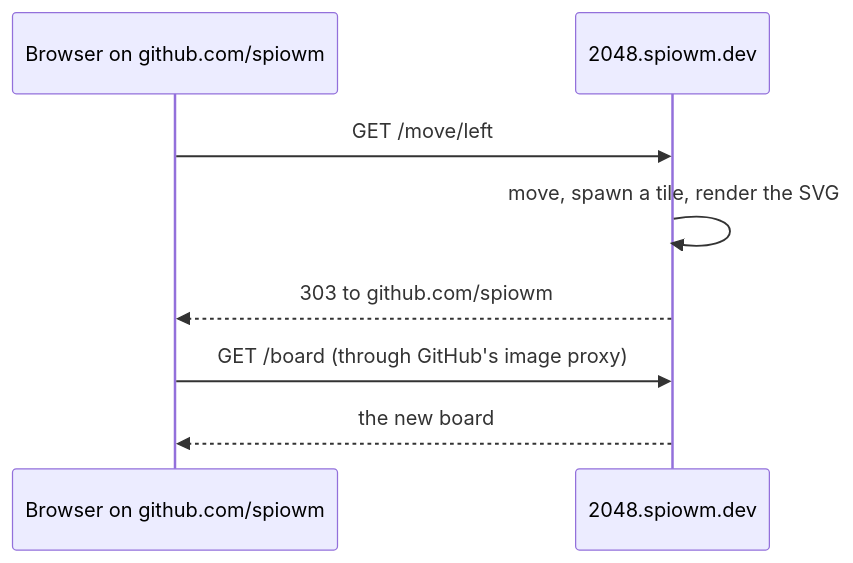
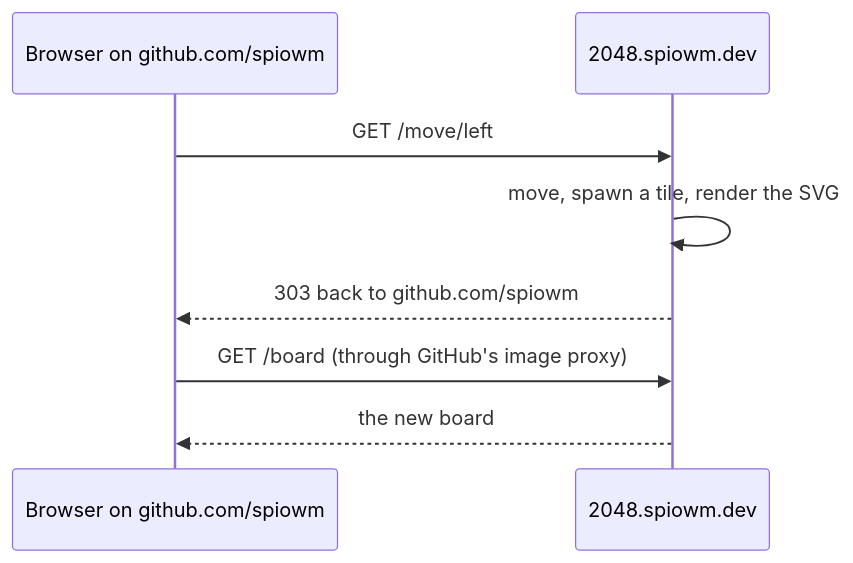
Before and after one commit to spiowm/readme-2048: the diagram in README.md, drawn with Mermaid. The commit also changed other lines of this file and 4 other files, not shown here.

````diff
--- a/README.md
+++ b/README.md
@@ -19,10 +19,10 @@
 ```mermaid
 sequenceDiagram
     participant B as Browser on github.com/spiowm
     participant S as 2048.spiowm.dev
     B->>S: GET /move/left
     S->>S: move, spawn a tile, render the SVG
-    S-->>B: 303 to github.com/spiowm#user-content-make-a-move
+    S-->>B: 303 back to github.com/spiowm
     B->>S: GET /board (through GitHub's image proxy)
     S-->>B: the new board
 ```
````
